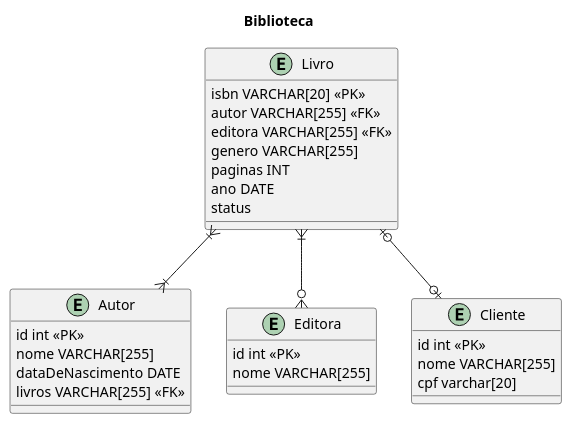
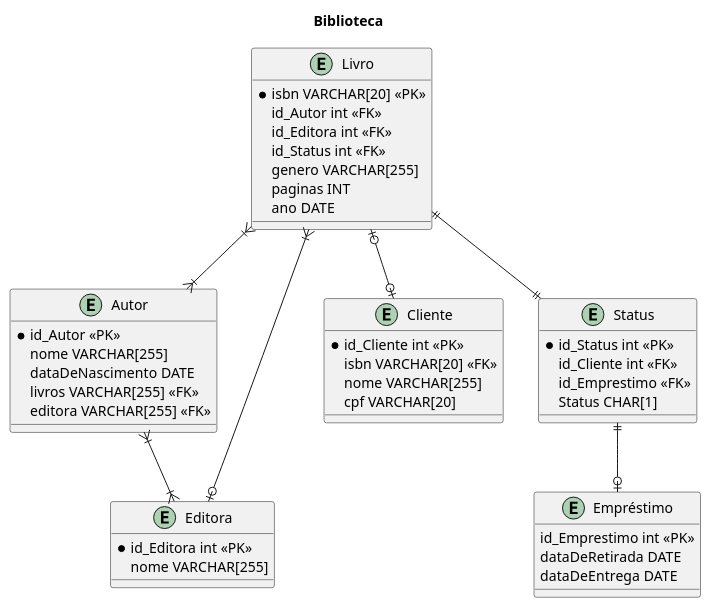
One commit to galaticghost/guieq.klarrind changed the diagram in Modelagem/biblioteca.wsd. Above: the diagram before and after it, drawn with PlantUML. The commit also changed 3 other files, not shown here.

```diff
--- a/Modelagem/biblioteca.wsd
+++ b/Modelagem/biblioteca.wsd
@@ -1,37 +1,54 @@
 @startuml biblioteca
 title Biblioteca
 
 entity Livro{
-    isbn VARCHAR[20] <<PK>>
-    autor VARCHAR[255] <<FK>>
-    editora VARCHAR[255] <<FK>>
+    *isbn VARCHAR[20] <<PK>>
+    id_Autor int <<FK>>
+    id_Editora int <<FK>>
+    id_Status int <<FK>>
     genero VARCHAR[255]
     paginas INT
     ano DATE
-    status
 }
 
 entity Autor{
-    id int <<PK>>
+    *id_Autor <<PK>>
     nome VARCHAR[255]
     dataDeNascimento DATE
     livros VARCHAR[255] <<FK>>
+    editora VARCHAR[255] <<FK>>
 }
 
 entity Editora{
-    id int <<PK>>
+    *id_Editora int <<PK>>
     nome VARCHAR[255]
     
 }
 
 entity Cliente{
-    id int <<PK>>
+    *id_Cliente int <<PK>>
+    isbn VARCHAR[20] <<FK>>
     nome VARCHAR[255]
-    cpf varchar[20]
+    cpf VARCHAR[20]
 }
 
+entity Status{
+    *id_Status int <<PK>>
+    id_Cliente int <<FK>>
+    id_Emprestimo <<FK>>
+    Status CHAR[1]
+}
+
+entity Empréstimo{
+    id_Emprestimo int <<PK>>
+    dataDeRetirada DATE
+    dataDeEntrega DATE    
+}
+
+Livro ||--|| Status
 Livro }|--|{ Autor
-Livro }|--o{ Editora
+Livro }|--o| Editora
 Livro |o--o| Cliente
-
+Autor }|--|{ Editora
+Status ||--o| Empréstimo
 @enduml
```
